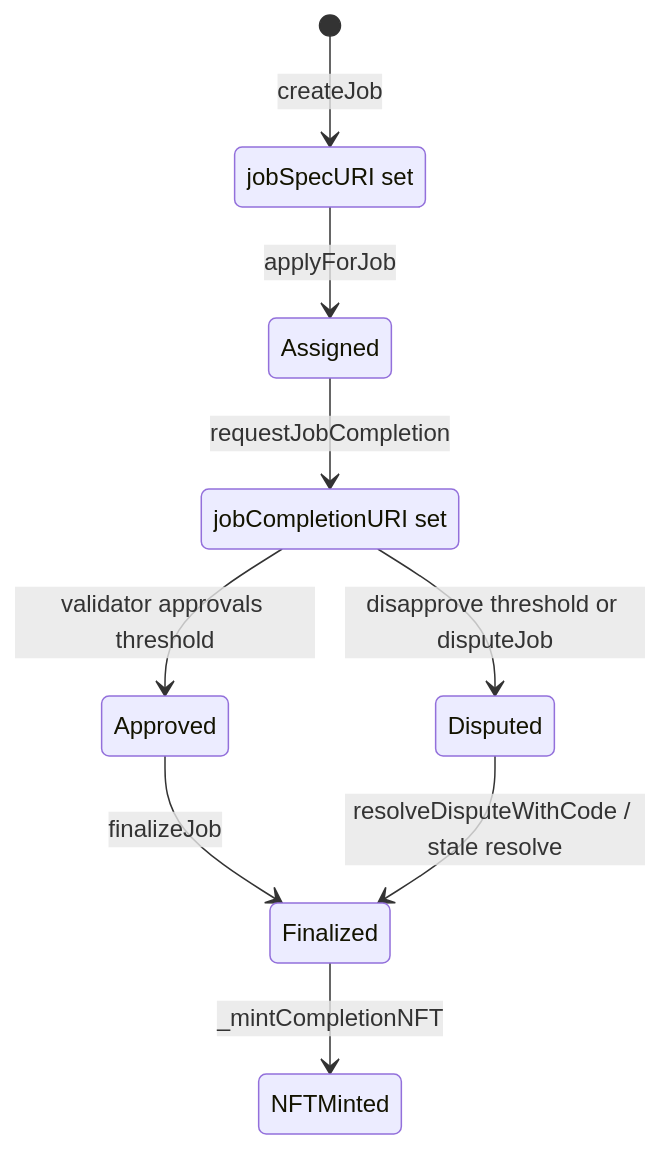
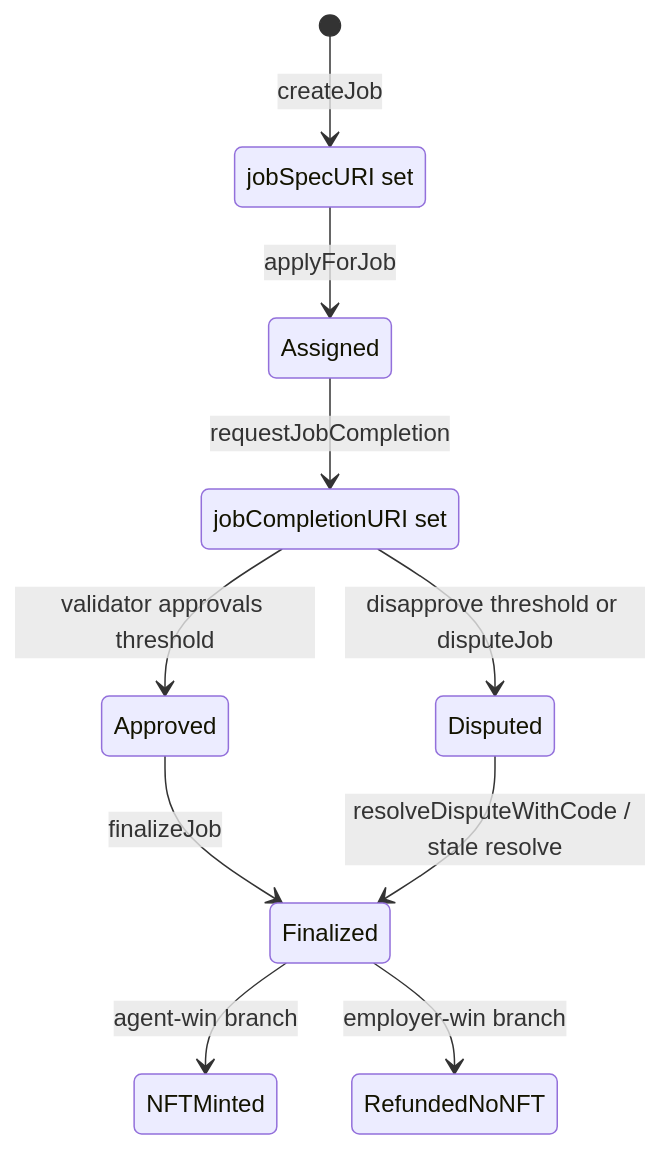
One commit to MontrealAI/AGIJobManager changed the second of 2 diagrams in docs/REFERENCE/URIS_JOBSPEC_AND_COMPLETION.md. Above: the diagram before and after it, drawn with Mermaid. The commit also changed other lines of this file, not shown here.

````diff
--- a/docs/REFERENCE/URIS_JOBSPEC_AND_COMPLETION.md
+++ b/docs/REFERENCE/URIS_JOBSPEC_AND_COMPLETION.md
@@ -78,13 +86,14 @@
 ```mermaid
 stateDiagram-v2
     [*] --> Created: createJob
     Created: jobSpecURI set
     Created --> Assigned: applyForJob
     Assigned --> CompletionRequested: requestJobCompletion
     CompletionRequested: jobCompletionURI set
     CompletionRequested --> Approved: validator approvals threshold
     CompletionRequested --> Disputed: disapprove threshold or disputeJob
     Approved --> Finalized: finalizeJob
     Disputed --> Finalized: resolveDisputeWithCode / stale resolve
-    Finalized --> NFTMinted: _mintCompletionNFT
+    Finalized --> NFTMinted: agent-win branch
+    Finalized --> RefundedNoNFT: employer-win branch
 ```
````
